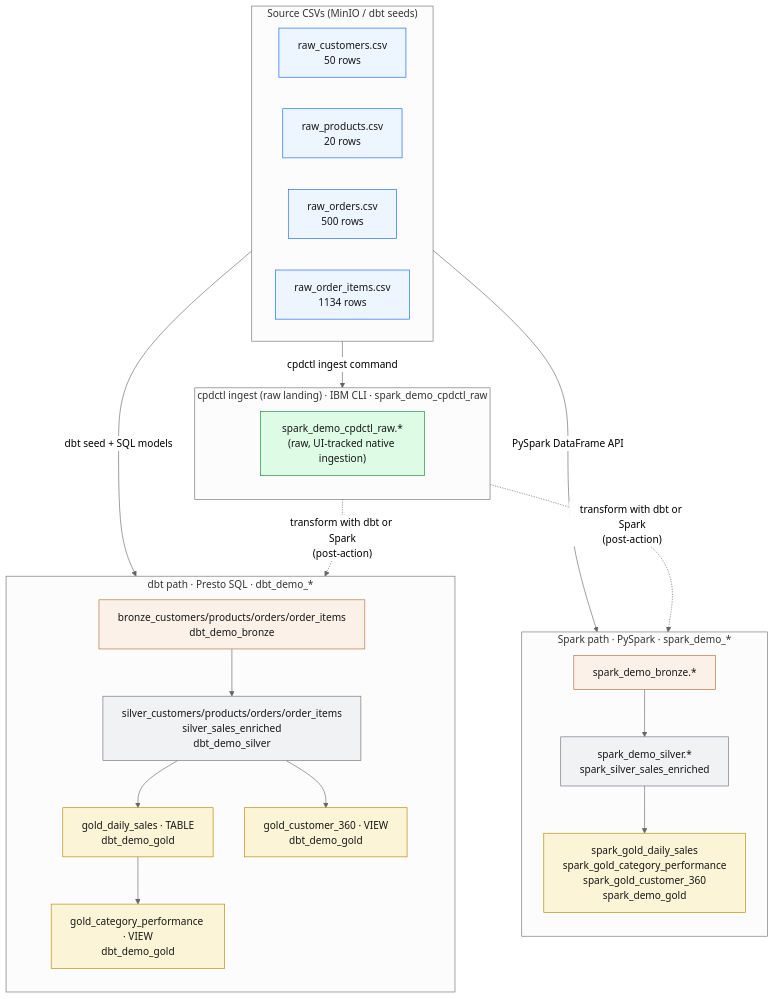
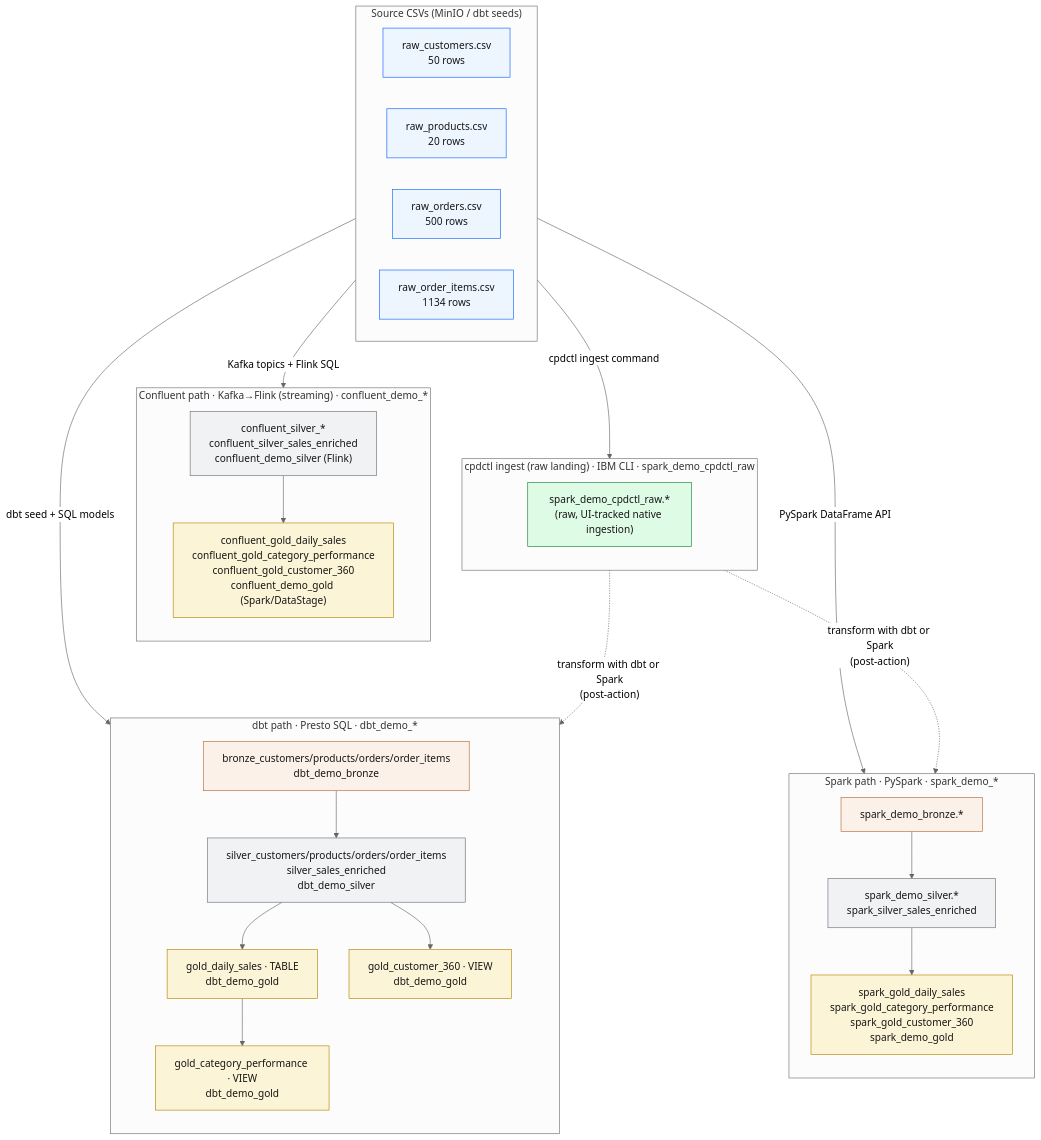
The third of 6 diagrams in docs/lineage.md (aseelert/ibmas-watsonxdata-dbt), drawn with Mermaid (neutral theme) before and after one commit. The commit also changed other lines of this file and 22 other files, not shown here.

First line of the commit message:
docs: restructure workshop, add Enterprise track + Confluent/streaming pages

````diff
--- a/docs/lineage.md
+++ b/docs/lineage.md
@@ -199,47 +214,55 @@
 ```mermaid
 flowchart TB
   classDef csv    fill:#edf5ff,stroke:#0f62fe,color:#161616;
   classDef tool   fill:#f6f2ff,stroke:#6929c4,color:#161616;
   classDef bronze fill:#fbf1e8,stroke:#b46d3c,color:#161616;
   classDef silver fill:#f1f2f4,stroke:#6f7079,color:#161616;
   classDef gold   fill:#fcf4d6,stroke:#b28600,color:#161616;
   classDef ingest fill:#defbe6,stroke:#198038,color:#161616;
 
   subgraph SRC["Source CSVs (MinIO / dbt seeds)"]
     direction LR
     c0["raw_customers.csv\n50 rows"]:::csv
     p0["raw_products.csv\n20 rows"]:::csv
     o0["raw_orders.csv\n500 rows"]:::csv
     i0["raw_order_items.csv\n1134 rows"]:::csv
   end
 
   subgraph DBT["dbt path · Presto SQL · dbt_demo_*"]
     direction TB
     db["bronze_customers/products/orders/order_items\ndbt_demo_bronze"]:::bronze
     ds["silver_customers/products/orders/order_items\nsilver_sales_enriched\ndbt_demo_silver"]:::silver
     dg1["gold_daily_sales · TABLE\ndbt_demo_gold"]:::gold
     dg2["gold_category_performance · VIEW\ndbt_demo_gold"]:::gold
     dg3["gold_customer_360 · VIEW\ndbt_demo_gold"]:::gold
     db --> ds --> dg1 --> dg2
     ds --> dg3
   end
 
   subgraph SPARK["Spark path · PySpark · spark_demo_*"]
     direction TB
     sb["spark_demo_bronze.*"]:::bronze
     ss["spark_demo_silver.*\nspark_silver_sales_enriched"]:::silver
     sg["spark_gold_daily_sales\nspark_gold_category_performance\nspark_gold_customer_360\nspark_demo_gold"]:::gold
     sb --> ss --> sg
   end
 
+  subgraph CONF["Confluent path · Kafka→Flink (streaming) · confluent_demo_*"]
+    direction TB
+    cs["confluent_silver_*\nconfluent_silver_sales_enriched\nconfluent_demo_silver (Flink)"]:::silver
+    cg["confluent_gold_daily_sales\nconfluent_gold_category_performance\nconfluent_gold_customer_360\nconfluent_demo_gold (Spark/DataStage)"]:::gold
+    cs --> cg
+  end
+
   subgraph CPDCTL["cpdctl ingest (raw landing) · IBM CLI · spark_demo_cpdctl_raw"]
     direction TB
     ci["spark_demo_cpdctl_raw.*\n(raw, UI-tracked native ingestion)"]:::ingest
   end
 
   SRC -->|dbt seed + SQL models| DBT
   SRC -->|PySpark DataFrame API| SPARK
+  SRC -->|Kafka topics + Flink SQL| CONF
   SRC -->|cpdctl ingest command| CPDCTL
   ci -. "transform with dbt or Spark\n(post-action)" .-> DBT
   ci -. "transform with dbt or Spark\n(post-action)" .-> SPARK
 ```
````
